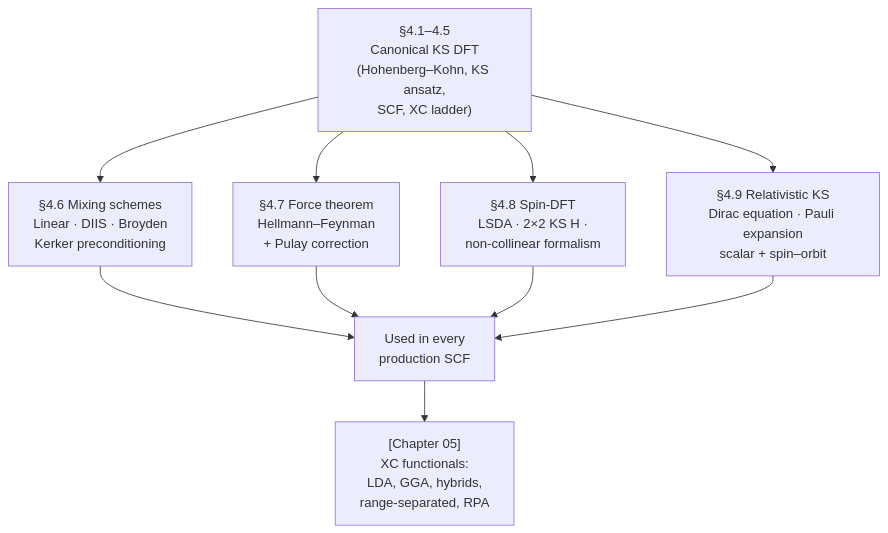
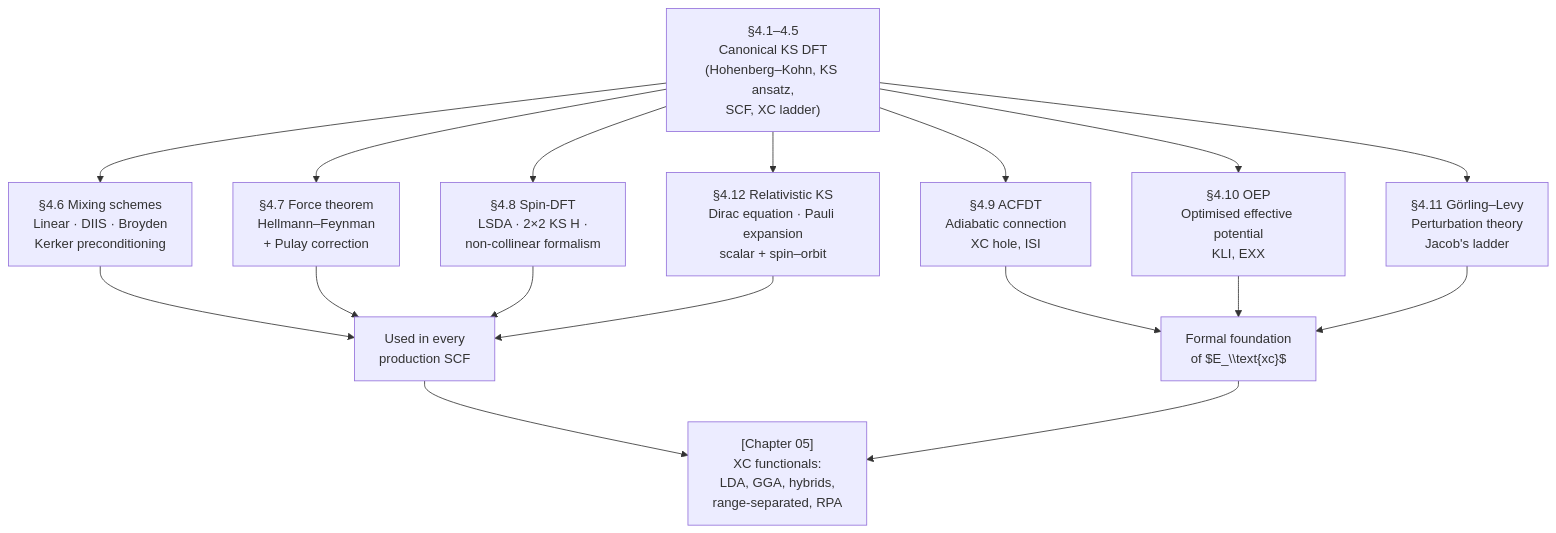
Before and after one commit to Shuvam-Banerji-Seal/DFT-notes: the seventh of 8 diagrams in dft_notes/chapter_04/00-kohn-sham.md, drawn with Mermaid. The commit also changed other lines of this file and 34 other files, not shown here.

````diff
--- a/dft_notes/chapter_04/00-kohn-sham.md
+++ b/dft_notes/chapter_04/00-kohn-sham.md
@@ -1377,19 +2336,29 @@
 ```mermaid
 %%{init: {'flowchart': {'htmlLabels': true, 'curve': 'basis'}}}%%
 graph TB
   BASE["§4.1–4.5<br/>Canonical KS DFT<br/>(Hohenberg–Kohn, KS ansatz,<br/>SCF, XC ladder)"]
   MIX["§4.6 Mixing schemes<br/>Linear · DIIS · Broyden<br/>Kerker preconditioning"]
   FORCE["§4.7 Force theorem<br/>Hellmann–Feynman<br/>+ Pulay correction"]
   SPIN["§4.8 Spin-DFT<br/>LSDA · 2×2 KS H ·<br/>non-collinear formalism"]
-  REL["§4.9 Relativistic KS<br/>Dirac equation · Pauli expansion<br/>scalar + spin–orbit"]
+  ACFDT["§4.9 ACFDT<br/>Adiabatic connection<br/>XC hole, ISI"]
+  OEP["§4.10 OEP<br/>Optimised effective potential<br/>KLI, EXX"]
+  GL["§4.11 Görling–Levy<br/>Perturbation theory<br/>Jacob's ladder"]
+  REL["§4.12 Relativistic KS<br/>Dirac equation · Pauli expansion<br/>scalar + spin–orbit"]
 
   BASE --> MIX
   BASE --> FORCE
   BASE --> SPIN
+  BASE --> ACFDT
+  BASE --> OEP
+  BASE --> GL
   BASE --> REL
   MIX --> USED["Used in every<br/>production SCF"]
   FORCE --> USED
   SPIN --> USED
+  ACFDT --> FORMAL["Formal foundation<br/>of $E_\\text{xc}$"]
+  OEP --> FORMAL
+  GL --> FORMAL
   REL --> USED
   USED --> CH5["[Chapter 05]<br/>XC functionals:<br/>LDA, GGA, hybrids,<br/>range-separated, RPA"]
+  FORMAL --> CH5
 ```
````
